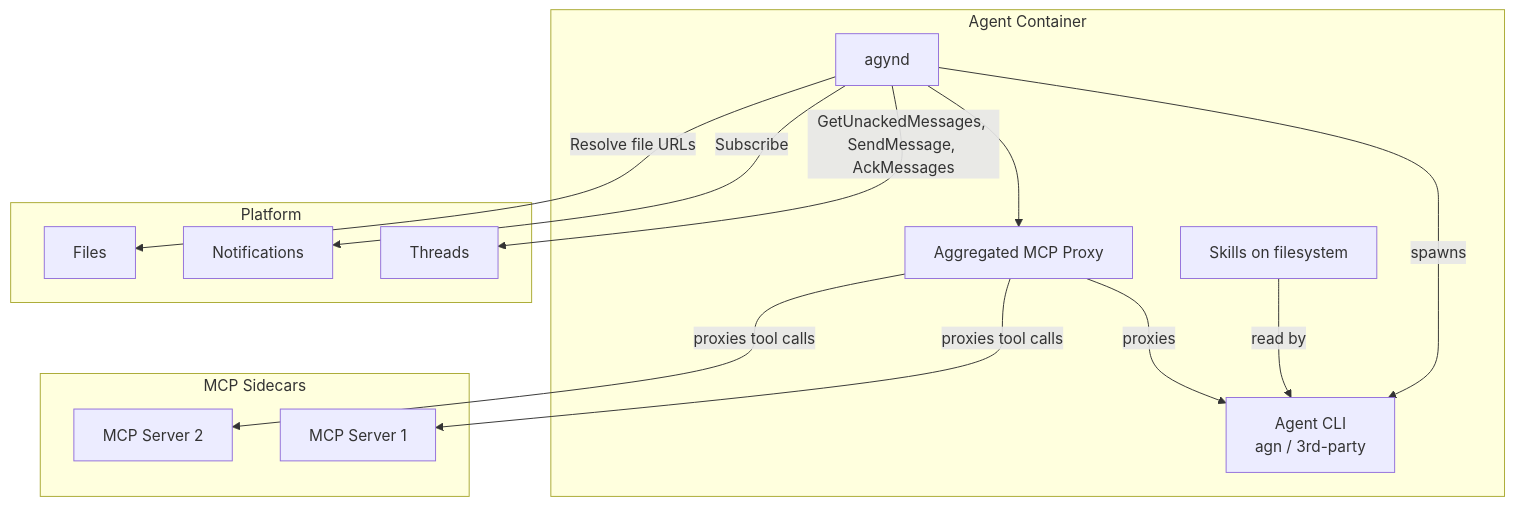
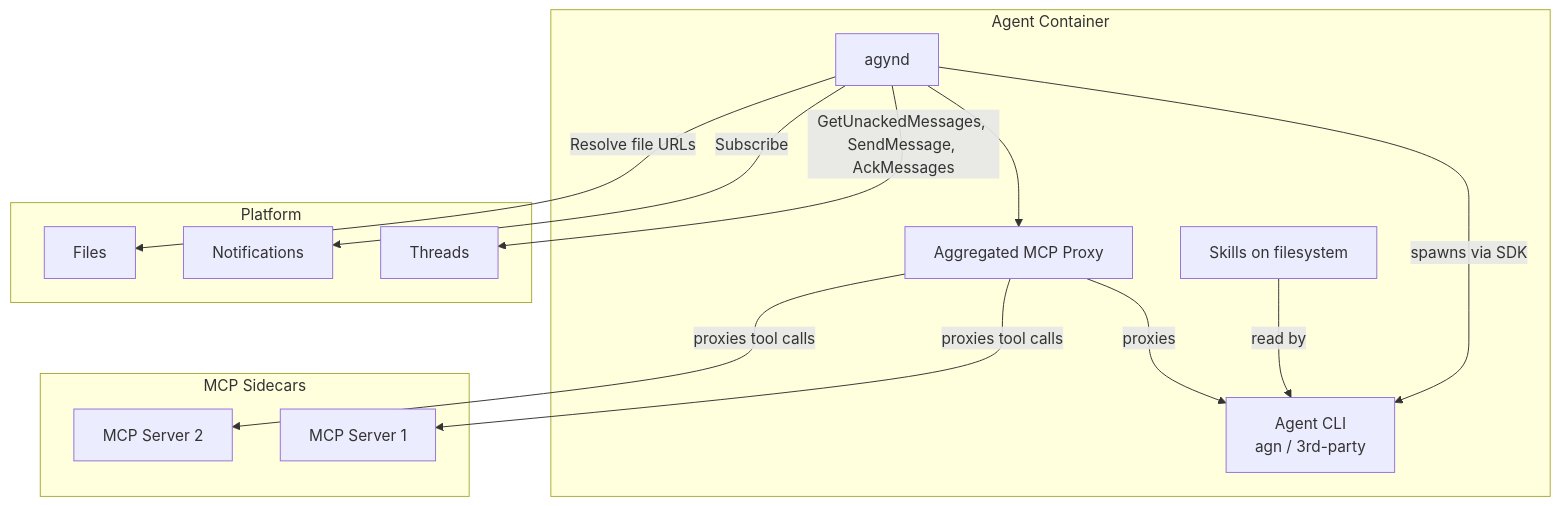
One commit to agynio/architecture changed the first of 2 diagrams in architecture/agynd-cli.md. Above: the diagram before and after it, drawn with Mermaid. The commit also changed other lines of this file and 3 other files, not shown here.

First line of the commit message:
arch: integrate agent SDK research into architecture docs

````diff
--- a/architecture/agynd-cli.md
+++ b/architecture/agynd-cli.md
@@ -61,30 +104,30 @@
 ```mermaid
 graph TB
     subgraph "Agent Container"
         agynd[agynd]
         AgentCLI[Agent CLI<br/>agn / 3rd-party]
         AggMCP[Aggregated MCP Proxy]
         Skills[Skills on filesystem]
 
-        agynd -->|spawns| AgentCLI
+        agynd -->|spawns via SDK| AgentCLI
         agynd --> AggMCP
         AggMCP -->|proxies| AgentCLI
         Skills -->|read by| AgentCLI
     end
 
     subgraph "MCP Sidecars"
         MCP1[MCP Server 1]
         MCP2[MCP Server 2]
     end
 
     subgraph Platform
         Threads
         Notifications
         Files
     end
 
     agynd -->|GetUnackedMessages, SendMessage, AckMessages| Threads
     agynd -->|Subscribe| Notifications
     agynd -->|Resolve file URLs| Files
     AggMCP -->|proxies tool calls| MCP1 & MCP2
 ```
````
